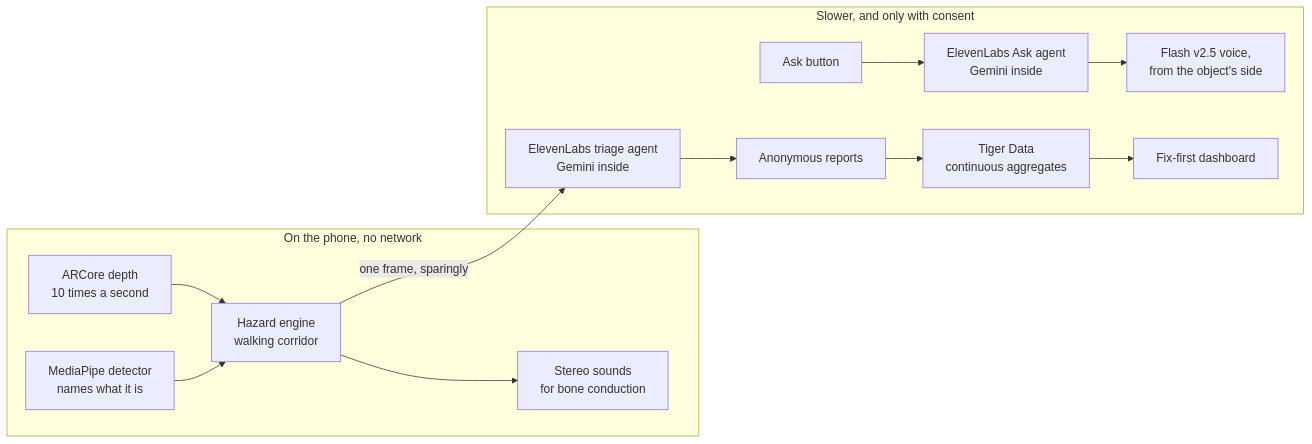
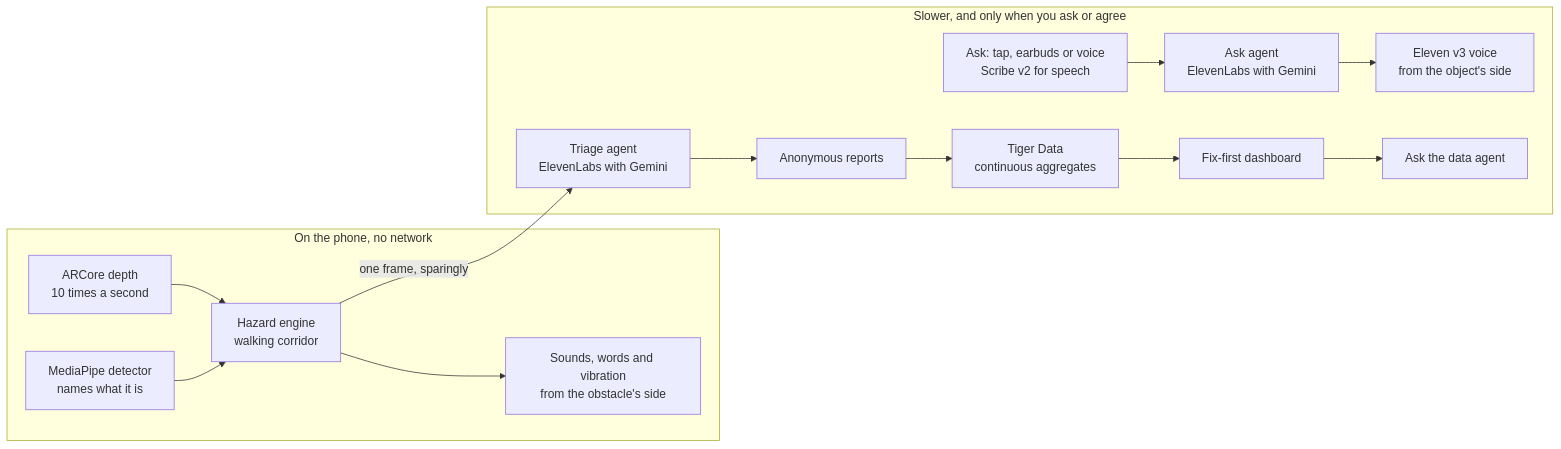
One commit to JowiAoun/beluga changed the diagram in README.md. Above: the diagram before and after it, drawn with Mermaid. The commit also changed other lines of this file and 5 other files, not shown here.

````diff
--- a/README.md
+++ b/README.md
@@ -19,16 +105,17 @@
 ```mermaid
 flowchart LR
   subgraph phone["On the phone, no network"]
     depth["ARCore depth<br/>10 times a second"] --> hazards["Hazard engine<br/>walking corridor"]
     detector["MediaPipe detector<br/>names what it is"] --> hazards
-    hazards --> sound["Stereo sounds<br/>for bone conduction"]
+    hazards --> sound["Sounds, words and vibration<br/>from the obstacle's side"]
   end
-  subgraph cloud["Slower, and only with consent"]
-    hazards -- "one frame, sparingly" --> triage["ElevenLabs triage agent<br/>Gemini inside"]
-    ask["Ask button"] --> askAgent["ElevenLabs Ask agent<br/>Gemini inside"]
-    askAgent --> voice["Flash v2.5 voice,<br/>from the object's side"]
+  subgraph cloud["Slower, and only when you ask or agree"]
+    hazards -- "one frame, sparingly" --> triage["Triage agent<br/>ElevenLabs with Gemini"]
+    ask["Ask: tap, earbuds or voice<br/>Scribe v2 for speech"] --> askAgent["Ask agent<br/>ElevenLabs with Gemini"]
+    askAgent --> voice["Eleven v3 voice<br/>from the object's side"]
     triage --> events["Anonymous reports"]
     events --> tiger["Tiger Data<br/>continuous aggregates"]
     tiger --> map["Fix-first dashboard"]
+    map --> dataAgent["Ask the data agent"]
   end
 ```
````
